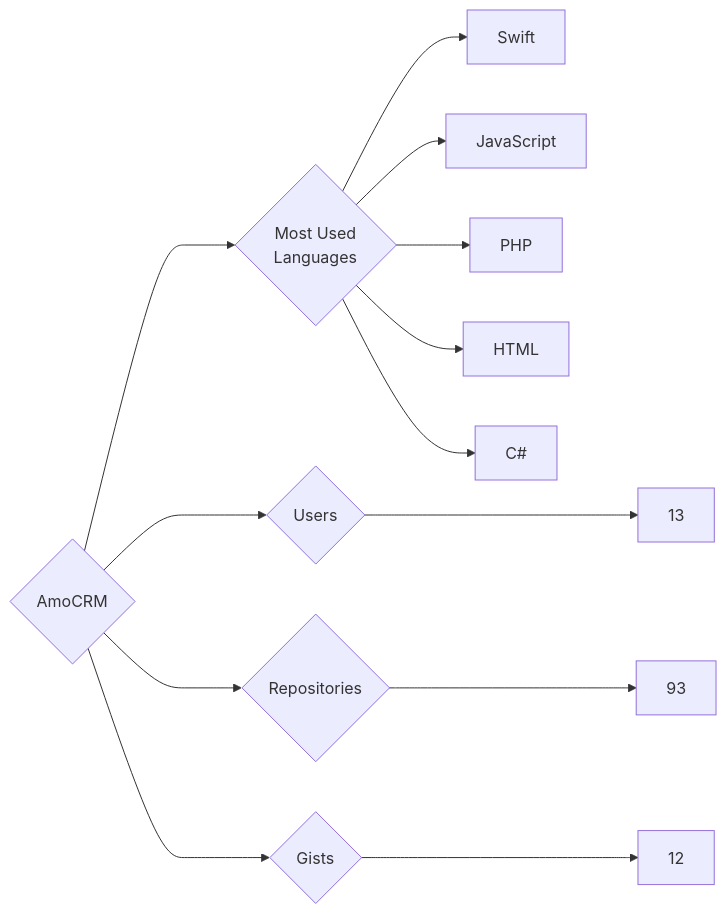
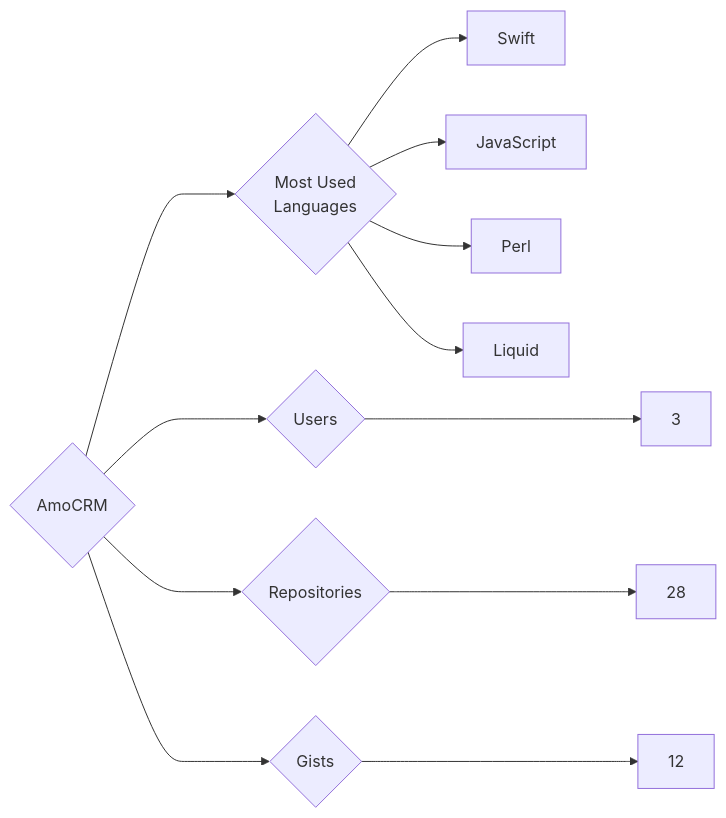
One commit to trickest/insiders changed the diagram in targets/AmoCRM/README.md. Above: the diagram before and after it, drawn with Mermaid. The commit also changed 622 other files, not shown here.

````diff
--- a/targets/AmoCRM/README.md
+++ b/targets/AmoCRM/README.md
@@ -3,13 +3,12 @@
 ```mermaid
 graph LR
 COMPANY_NAME{AmoCRM}
-COMPANY_NAME ---> U{Users} ---> UN[13]
-COMPANY_NAME ---> R{Repositories} ---> RN[93]
+COMPANY_NAME ---> U{Users} ---> UN[3]
+COMPANY_NAME ---> R{Repositories} ---> RN[28]
 COMPANY_NAME ---> G{Gists} ---> GN[12]
 COMPANY_NAME ---> ML{Most Used<br>Languages}
 ML --> Swift[Swift]
 ML --> JavaScript[JavaScript]
-ML --> PHP[PHP]
-ML --> HTML[HTML]
-ML --> C#[C#]
+ML --> Perl[Perl]
+ML --> Liquid[Liquid]
 ```
````
